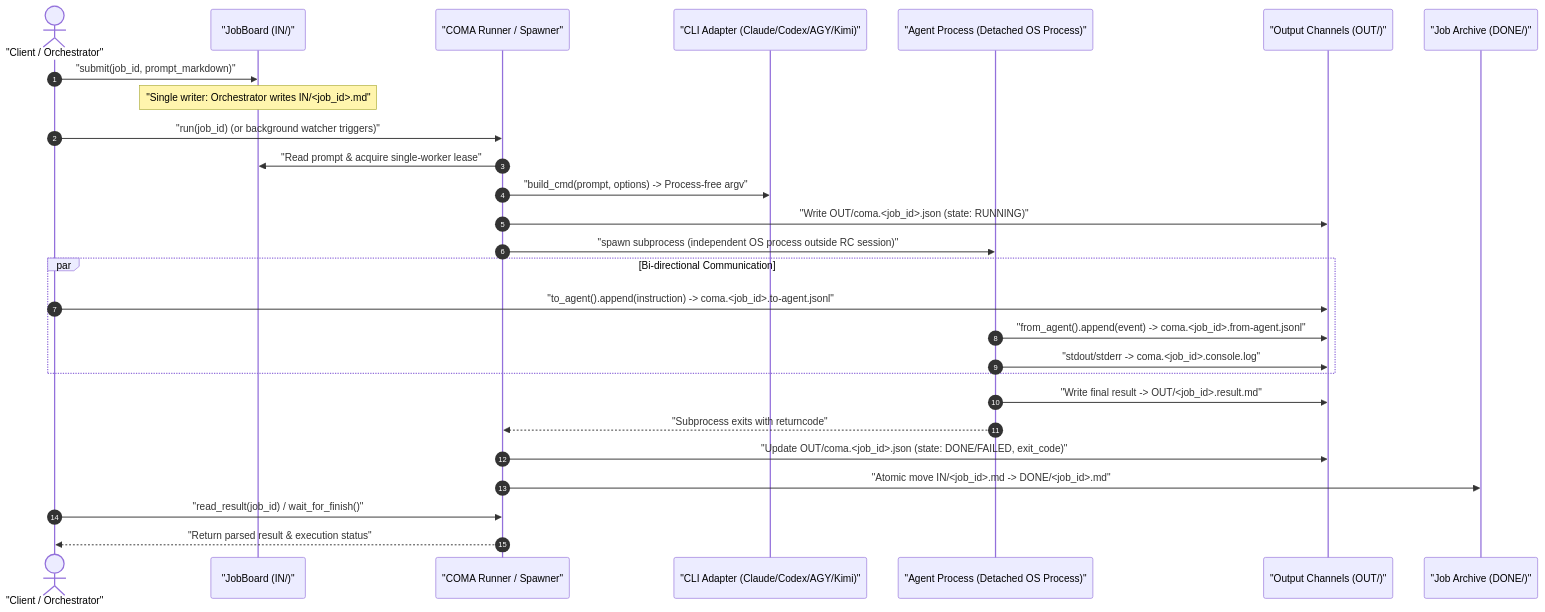
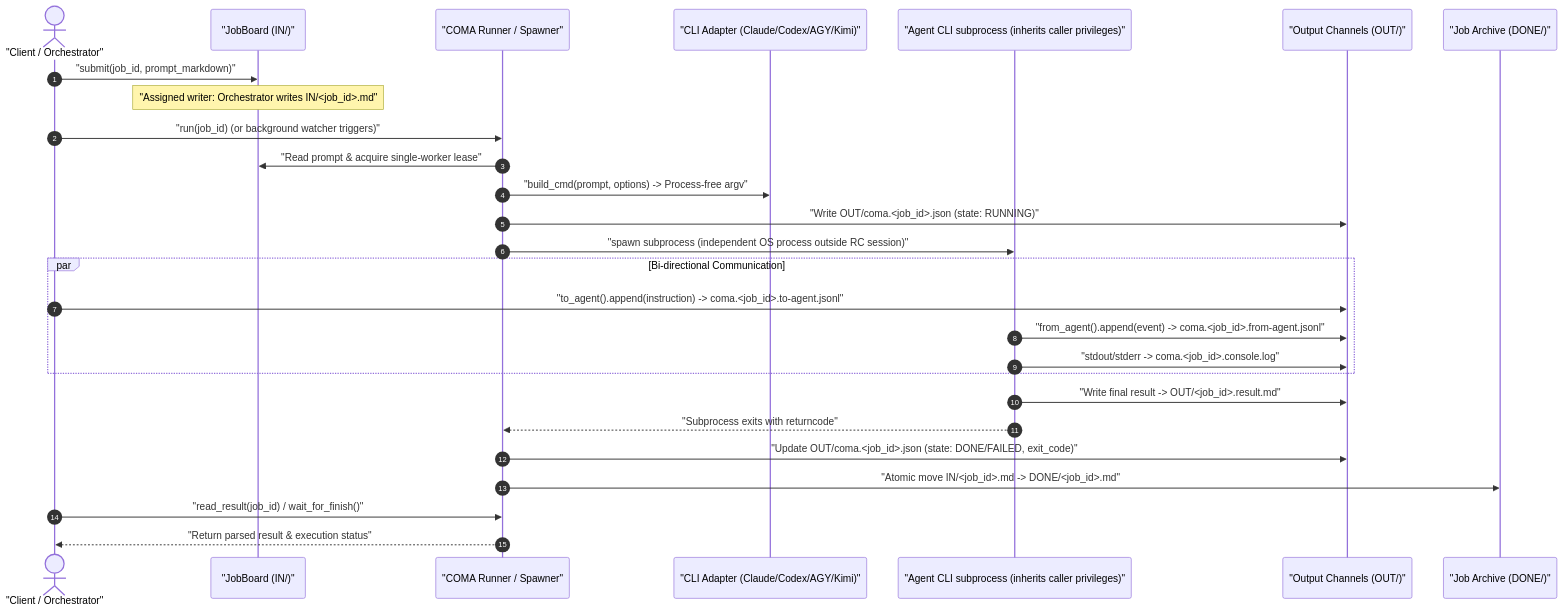
Before and after one commit to ellmos-ai/coma: the second of 2 diagrams in README.md, drawn with Mermaid. The commit also changed other lines of this file and 21 other files, not shown here.

````diff
--- a/README.md
+++ b/README.md
@@ -389,32 +326,32 @@
 ```mermaid
 sequenceDiagram
     autonumber
     actor Orchestrator as "Client / Orchestrator"
     participant Board as "JobBoard (IN/)"
     participant Runner as "COMA Runner / Spawner"
     participant Adapter as "CLI Adapter (Claude/Codex/AGY/Kimi)"
-    participant Subprocess as "Agent Process (Detached OS Process)"
+    participant Subprocess as "Agent CLI subprocess (inherits caller privileges)"
     participant Channels as "Output Channels (OUT/)"
     participant Archive as "Job Archive (DONE/)"
 
     Orchestrator->>Board: "submit(job_id, prompt_markdown)"
-    Note over Board: "Single writer: Orchestrator writes IN/<job_id>.md"
+    Note over Board: "Assigned writer: Orchestrator writes IN/<job_id>.md"
     Orchestrator->>Runner: "run(job_id) (or background watcher triggers)"
     Runner->>Board: "Read prompt & acquire single-worker lease"
     Runner->>Adapter: "build_cmd(prompt, options) -> Process-free argv"
     Runner->>Channels: "Write OUT/coma.<job_id>.json (state: RUNNING)"
     Runner->>Subprocess: "spawn subprocess (independent OS process outside RC session)"
 
     par Bi-directional Communication
         Orchestrator->>Channels: "to_agent().append(instruction) -> coma.<job_id>.to-agent.jsonl"
         Subprocess->>Channels: "from_agent().append(event) -> coma.<job_id>.from-agent.jsonl"
         Subprocess->>Channels: "stdout/stderr -> coma.<job_id>.console.log"
     end
 
     Subprocess->>Channels: "Write final result -> OUT/<job_id>.result.md"
     Subprocess-->>Runner: "Subprocess exits with returncode"
     Runner->>Channels: "Update OUT/coma.<job_id>.json (state: DONE/FAILED, exit_code)"
     Runner->>Archive: "Atomic move IN/<job_id>.md -> DONE/<job_id>.md"
     Orchestrator->>Runner: "read_result(job_id) / wait_for_finish()"
     Runner-->>Orchestrator: "Return parsed result & execution status"
 ```
````
